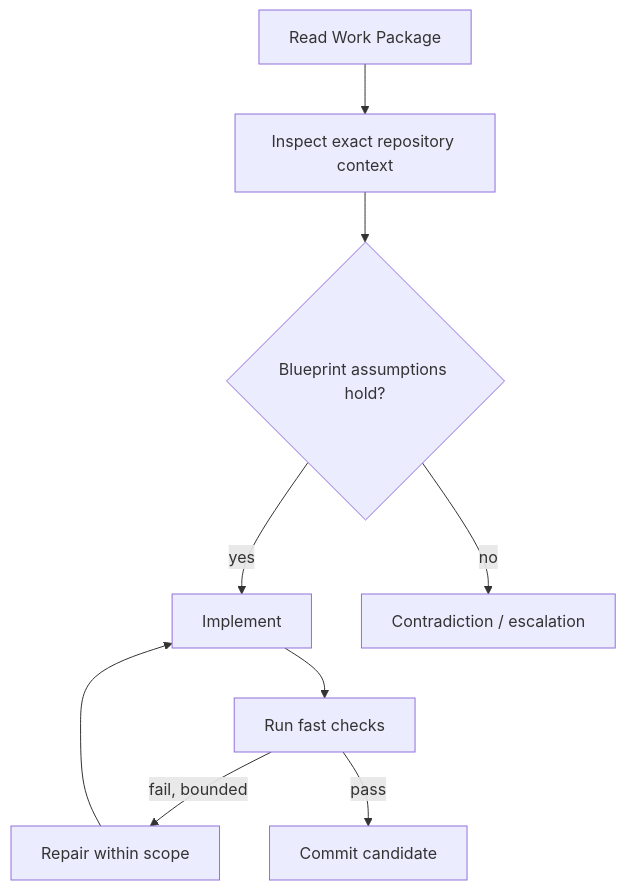
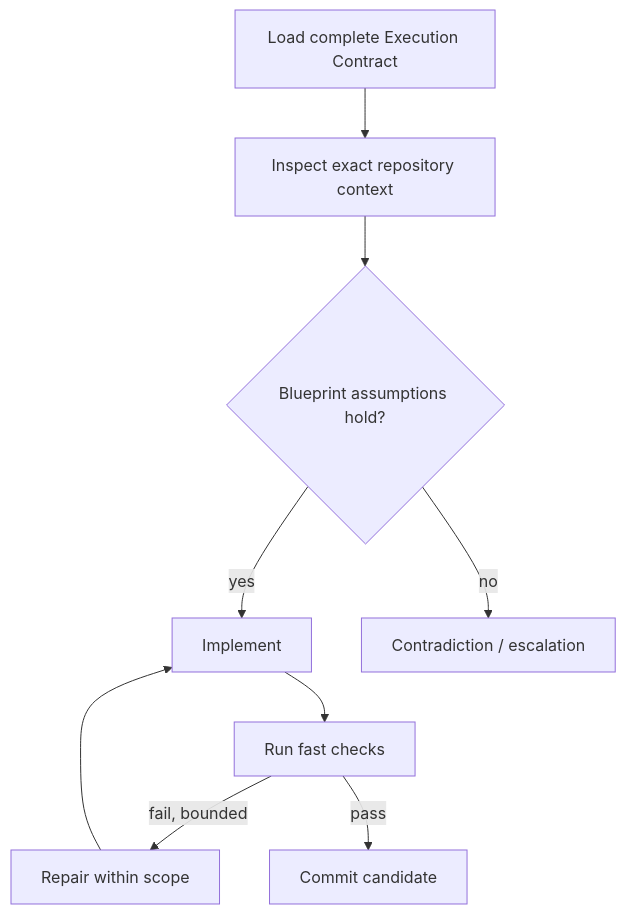
One commit to olostan/DevCadence changed the third of 5 diagrams in docs/LOCAL_AGENTS.md. Above: the diagram before and after it, drawn with Mermaid. The commit also changed other lines of this file and 19 other files, not shown here.

````diff
--- a/docs/LOCAL_AGENTS.md
+++ b/docs/LOCAL_AGENTS.md
@@ -109,20 +121,20 @@
 ```mermaid
 flowchart TD
-    Read["Read Work Package"]
+    Read["Load complete Execution Contract"]
     Inspect["Inspect exact repository context"]
     Check{"Blueprint assumptions hold?"}
     Code["Implement"]
     Fast["Run fast checks"]
     Fix["Repair within scope"]
     Candidate["Commit candidate"]
     Block["Contradiction / escalation"]
 
     Read --> Inspect
     Inspect --> Check
     Check -->|"no"| Block
     Check -->|"yes"| Code
     Code --> Fast
     Fast -->|"fail, bounded"| Fix
     Fix --> Code
     Fast -->|"pass"| Candidate
 ```
````
